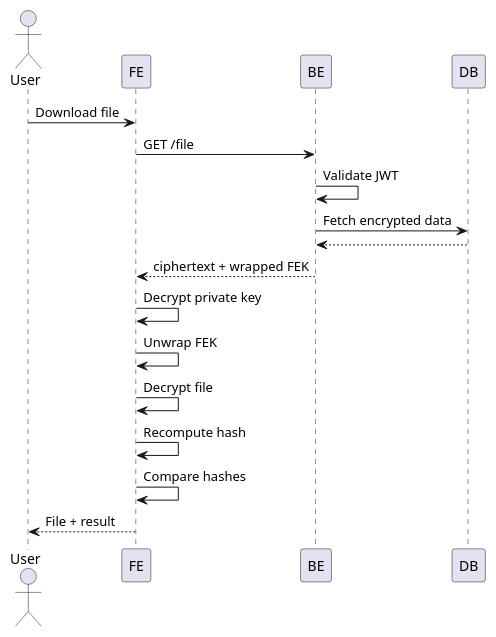
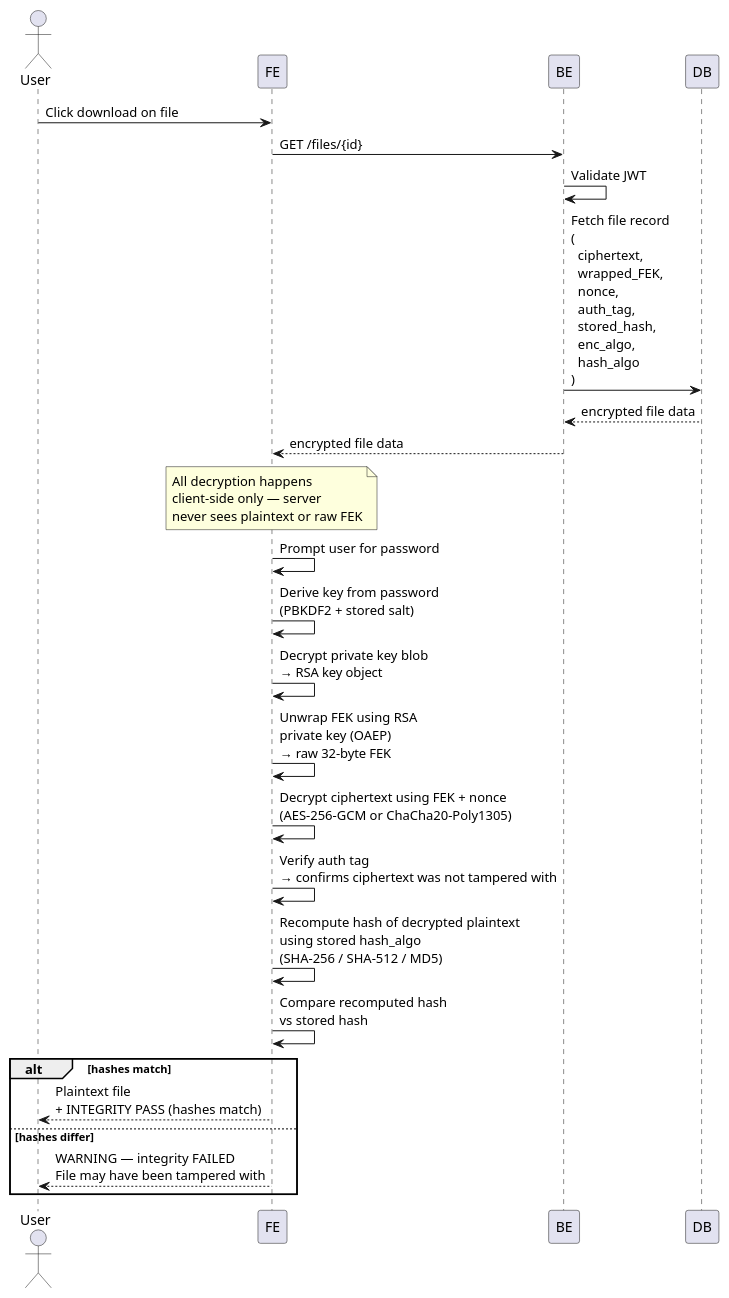
The diagram in docs/plantuml/us-4-file-download.puml (codedsami/SOEN-321-Project), drawn with PlantUML before and after one commit. The commit also changed 9 other files, not shown here.

```diff
--- a/docs/plantuml/us-4-file-download.puml
+++ b/docs/plantuml/us-4-file-download.puml
@@ -1,25 +1,32 @@
 @startuml
 actor User
 participant FE
 participant BE
 participant DB
 
-User -> FE : Download file
-FE -> BE : GET /file
+User -> FE : Click download on file
 
+FE -> BE : GET /files/{id}
 BE -> BE : Validate JWT
-BE -> DB : Fetch encrypted data
-DB --> BE
+BE -> DB : Fetch file record\n(\n  ciphertext,\n  wrapped_FEK,\n  nonce,\n  auth_tag,\n  stored_hash,\n  enc_algo,\n  hash_algo\n)
+DB --> BE : encrypted file data
+BE --> FE : encrypted file data
 
-BE --> FE : ciphertext + wrapped FEK
+note over FE : All decryption happens\nclient-side only — server\nnever sees plaintext or raw FEK
 
-FE -> FE : Decrypt private key
-FE -> FE : Unwrap FEK
-FE -> FE : Decrypt file
+FE -> FE : Prompt user for password
+FE -> FE : Derive key from password\n(PBKDF2 + stored salt)
+FE -> FE : Decrypt private key blob\n→ RSA key object
+FE -> FE : Unwrap FEK using RSA\nprivate key (OAEP)\n→ raw 32-byte FEK
+FE -> FE : Decrypt ciphertext using FEK + nonce\n(AES-256-GCM or ChaCha20-Poly1305)
+FE -> FE : Verify auth tag\n→ confirms ciphertext was not tampered with
 
-FE -> FE : Recompute hash
-FE -> FE : Compare hashes
+FE -> FE : Recompute hash of decrypted plaintext\nusing stored hash_algo\n(SHA-256 / SHA-512 / MD5)
+FE -> FE : Compare recomputed hash\nvs stored hash
 
-FE --> User : File + result
-
+alt hashes match
+    FE --> User : Plaintext file\n+ INTEGRITY PASS (hashes match)
+else hashes differ
+    FE --> User : WARNING — integrity FAILED\nFile may have been tampered with
+end
 @enduml
```
